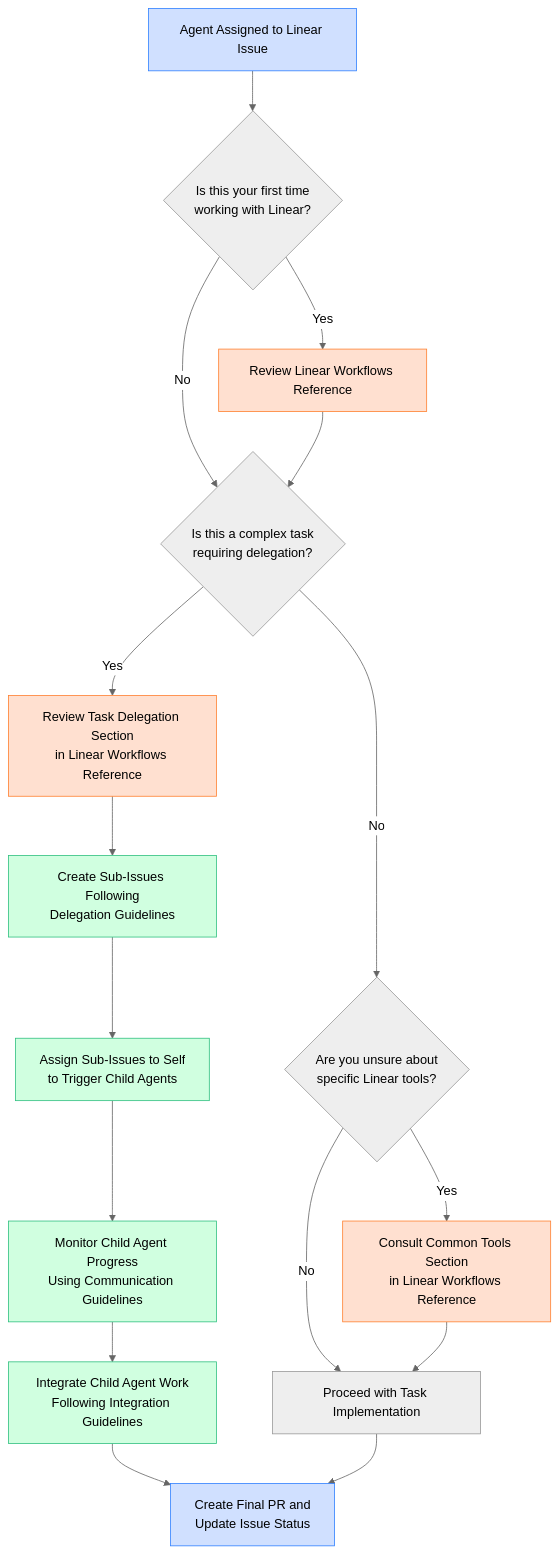
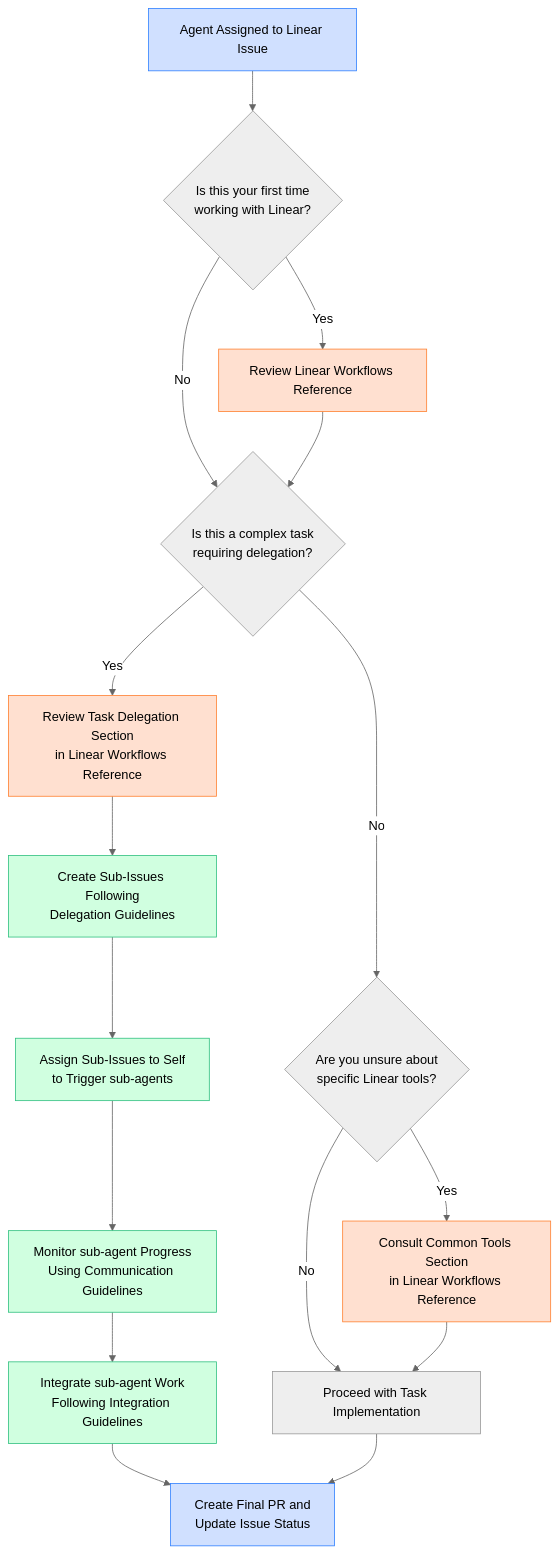
The diagram in docs/reference/linear_workflow_diagram.md (helaix/agient_ops), drawn with Mermaid (neutral theme) before and after one commit. The commit also changed other lines of this file and 25 other files, not shown here.

````diff
--- a/docs/reference/linear_workflow_diagram.md
+++ b/docs/reference/linear_workflow_diagram.md
@@ -5,38 +6,39 @@
 ```mermaid
 graph TD
     A[Agent Assigned to Linear Issue] --> B{Is this your first time<br>working with Linear?}
     B -->|Yes| C[Review Linear Workflows Reference]
     B -->|No| D{Is this a complex task<br>requiring delegation?}
     
     C --> D
     
     D -->|Yes| E[Review Task Delegation Section<br>in Linear Workflows Reference]
     D -->|No| F{Are you unsure about<br>specific Linear tools?}
     
     E --> G[Create Sub-Issues Following<br>Delegation Guidelines]
     
     F -->|Yes| H[Consult Common Tools Section<br>in Linear Workflows Reference]
     F -->|No| I[Proceed with Task Implementation]
     
-    G --> J[Assign Sub-Issues to Self<br>to Trigger Child Agents]
+    G --> J[Assign Sub-Issues to Self<br>to Trigger sub-agents]
     
     H --> I
     
-    J --> K[Monitor Child Agent Progress<br>Using Communication Guidelines]
+    J --> K[Monitor sub-agent Progress<br>Using Communication Guidelines]
     
-    K --> L[Integrate Child Agent Work<br>Following Integration Guidelines]
+    K --> L[Integrate sub-agent Work<br>Following Integration Guidelines]
     
     L --> M[Create Final PR and<br>Update Issue Status]
     
     I --> M
     
     style A fill:#d0e0ff,stroke:#3080ff
     style C fill:#ffe0d0,stroke:#ff8030
     style E fill:#ffe0d0,stroke:#ff8030
     style H fill:#ffe0d0,stroke:#ff8030
     style G fill:#d0ffe0,stroke:#30c080
     style J fill:#d0ffe0,stroke:#30c080
     style K fill:#d0ffe0,stroke:#30c080
     style L fill:#d0ffe0,stroke:#30c080
     style M fill:#d0e0ff,stroke:#3080ff
+
 ```
````
